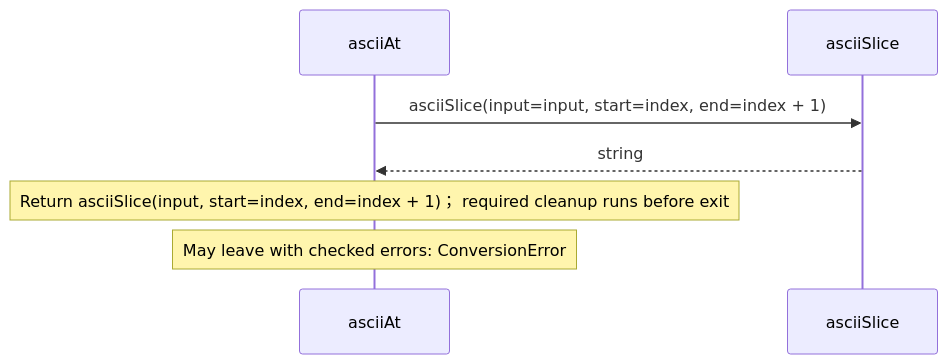
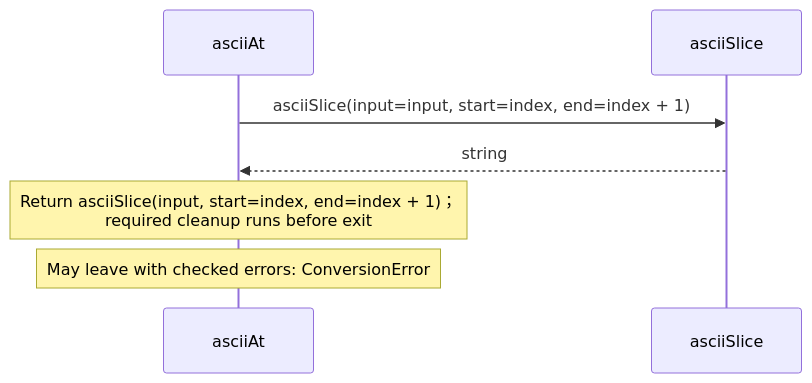
The third of 5 diagrams in src/stdlib/values/ascii.aug.diagrams.md (GreenPandaStudios/augscript), drawn with Mermaid before and after one commit. The commit also changed other lines of this file and 200 other files, not shown here.

Commit message:
Group imported operations and wrap readable sequence messages

````diff
--- a/src/stdlib/values/ascii.aug.diagrams.md
+++ b/src/stdlib/values/ascii.aug.diagrams.md
@@ -56,9 +56,9 @@
 ```mermaid
 sequenceDiagram
     participant p0 as asciiAt
     participant p1 as asciiSlice
     p0->>p1: asciiSlice(input=input, start=index, end=index + 1)
     p1-->>p0: string
-    Note over p0: Return asciiSlice(input, start=index, end=index + 1)； required cleanup runs before exit
+    Note over p0: Return asciiSlice(input, start=index, end=index + 1)；<br/>required cleanup runs before exit
     Note over p0: May leave with checked errors: ConversionError
 ```
````
